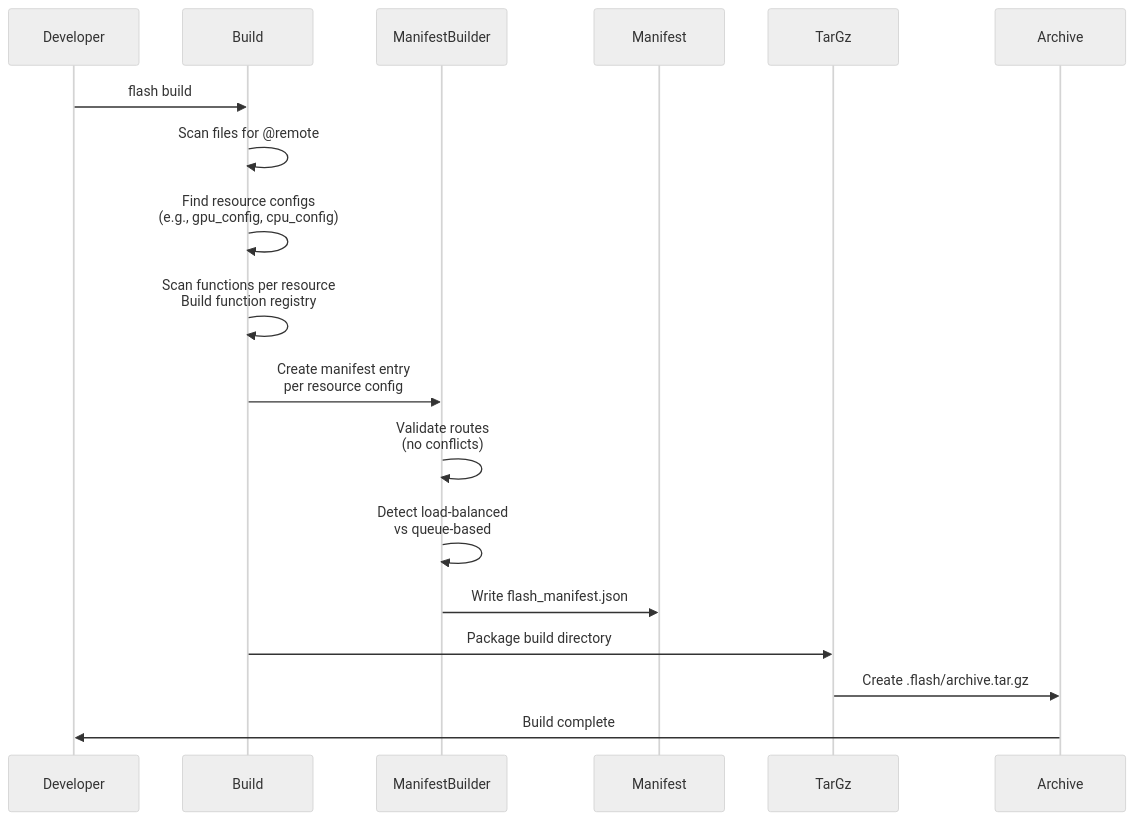
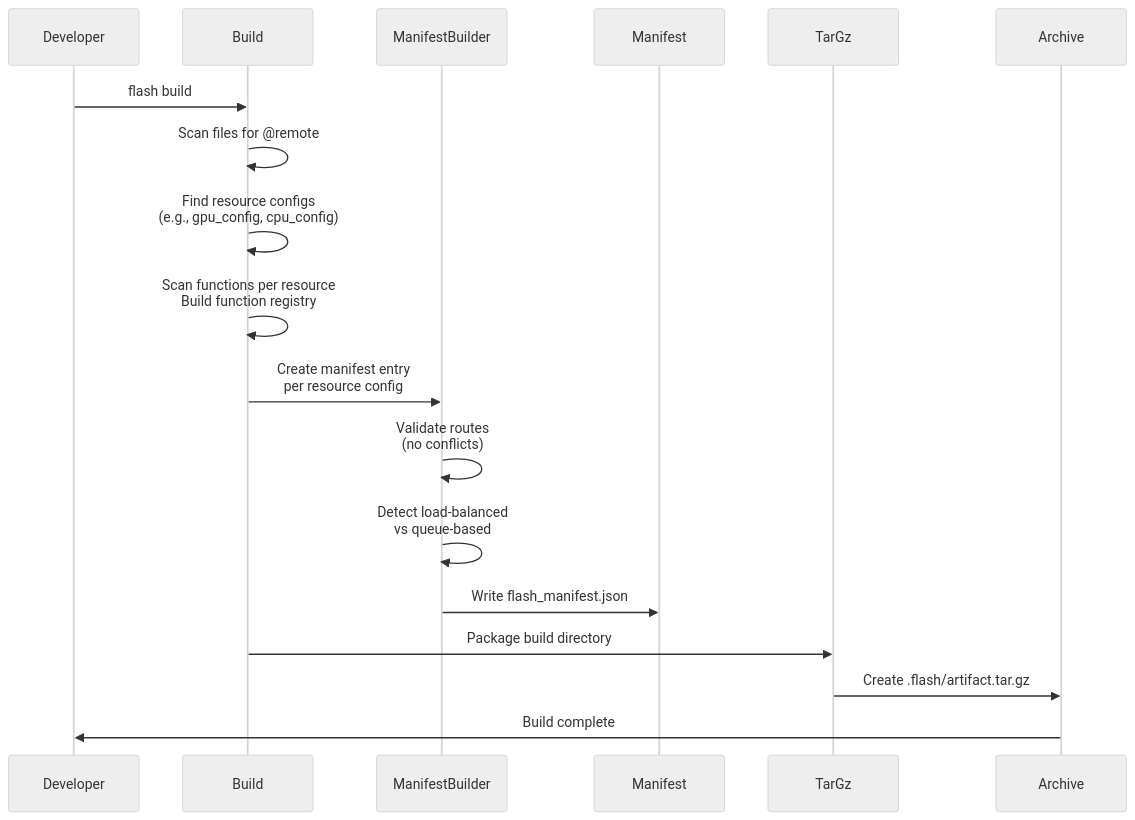
Before and after one commit to runpod/tetra-rp: the second of 9 diagrams in docs/Flash_Deploy_Guide.md, drawn with Mermaid (neutral theme). The commit also changed other lines of this file and 9 other files, not shown here.

First line of the commit message:
refactor: rename archive.tar.gz to artifact.tar.gz (#170)

````diff
--- a/docs/Flash_Deploy_Guide.md
+++ b/docs/Flash_Deploy_Guide.md
@@ -209,14 +209,14 @@
 ```mermaid
 sequenceDiagram
     Developer->>Build: flash build
     Build->>Build: Scan files for @remote
     Build->>Build: Find resource configs<br/>(e.g., gpu_config, cpu_config)
     Build->>Build: Scan functions per resource<br/>Build function registry
     Build->>ManifestBuilder: Create manifest entry<br/>per resource config
     ManifestBuilder->>ManifestBuilder: Validate routes<br/>(no conflicts)
     ManifestBuilder->>ManifestBuilder: Detect load-balanced<br/>vs queue-based
     ManifestBuilder->>Manifest: Write flash_manifest.json
     Build->>TarGz: Package build directory
-    TarGz->>Archive: Create .flash/archive.tar.gz
+    TarGz->>Archive: Create .flash/artifact.tar.gz
     Archive->>Developer: Build complete
 ```
````
